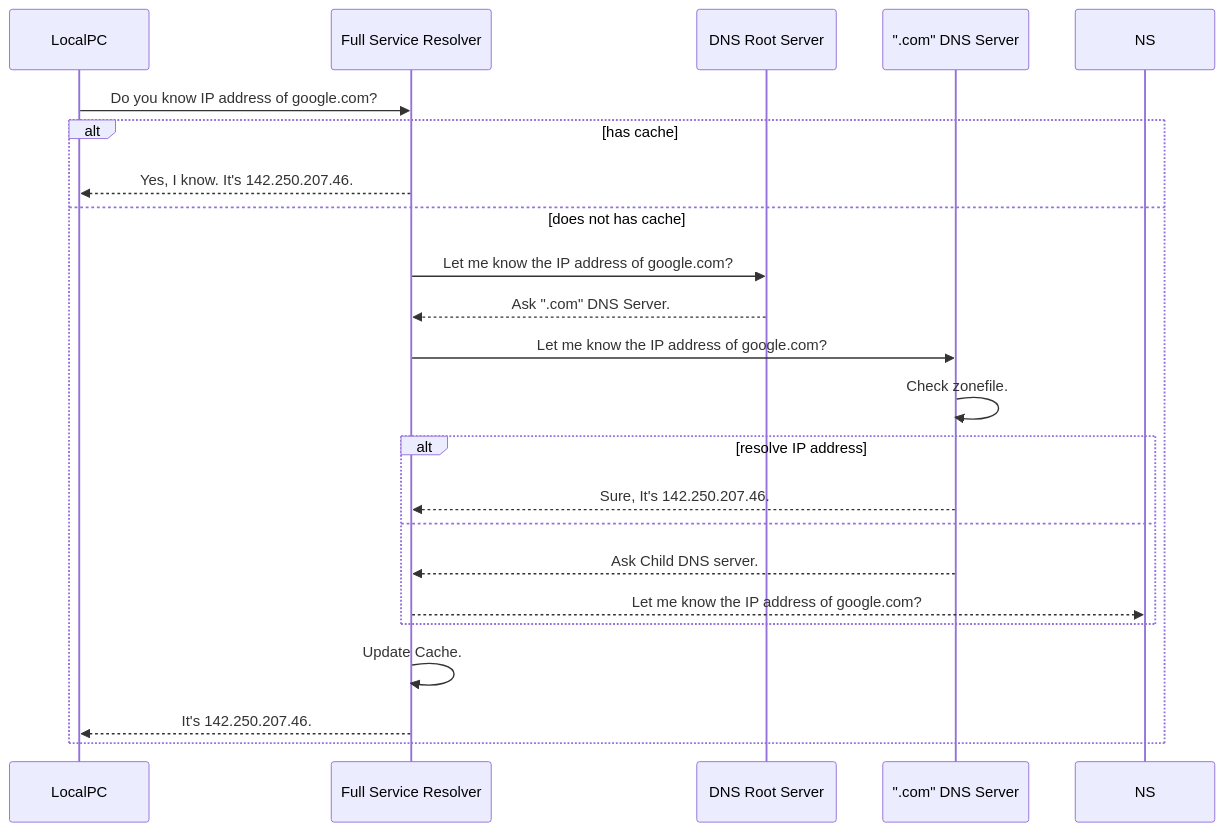
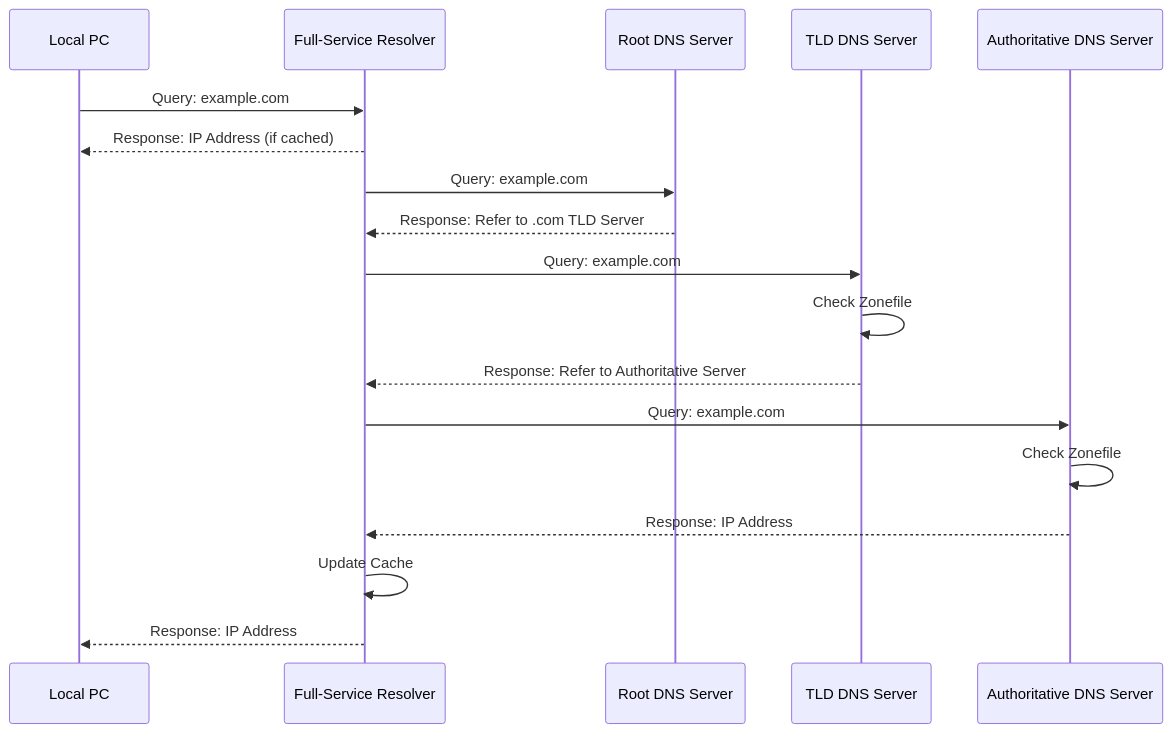
The diagram in Domain Name System.md (takesoo/obsidian), drawn with Mermaid before and after one commit. The commit also changed other lines of this file and 2 other files, not shown here.

Commit message:
vault backup: 2025-01-10 15:06:14

````diff
--- a/Domain Name System.md
+++ b/Domain Name System.md
@@ -13,25 +15,26 @@
 ```mermaid
 sequenceDiagram
-participant LocalPC
-participant FSR as Full Service Resolver
-participant DRS as DNS Root Server
-participant ANS as ".com" DNS Server
+    participant PC as Local PC
+    participant FSR as Full-Service Resolver
+    participant RootDNS as Root DNS Server
+    participant TLDDNS as TLD DNS Server
+    participant AuthDNS as Authoritative DNS Server
 
-LocalPC ->> FSR: Do you know IP address of google.com?
-alt has cache
-	FSR -->> LocalPC: Yes, I know. It's 142.250.207.46.
-else does not has cache
-	FSR ->> DRS: Let me know the IP address of google.com?
-	DRS -->> FSR: Ask ".com" DNS Server.
-	FSR ->> ANS: Let me know the IP address of google.com?
-	ANS ->> ANS: Check zonefile.
-	alt resolve IP address
-		ANS -->> FSR: Sure, It's 142.250.207.46.
-	else
-		ANS -->> FSR: Ask Child DNS server.
-		FSR -->> NS: Let me know the IP address of google.com?
-	end
-	FSR ->> FSR: Update Cache.
-	FSR -->> LocalPC: It's 142.250.207.46.
-end
+    PC->>FSR: Query: example.com
+    FSR-->>PC: Response: IP Address (if cached)
+
+    FSR->>RootDNS: Query: example.com
+    RootDNS-->>FSR: Response: Refer to .com TLD Server
+
+    FSR->>TLDDNS: Query: example.com
+    TLDDNS->>TLDDNS: Check Zonefile
+    TLDDNS-->>FSR: Response: Refer to Authoritative Server
+
+    FSR->>AuthDNS: Query: example.com
+    AuthDNS->>AuthDNS: Check Zonefile
+    AuthDNS-->>FSR: Response: IP Address
+
+	FSR->>FSR: Update Cache
+    FSR-->>PC: Response: IP Address
+
 ```
````
